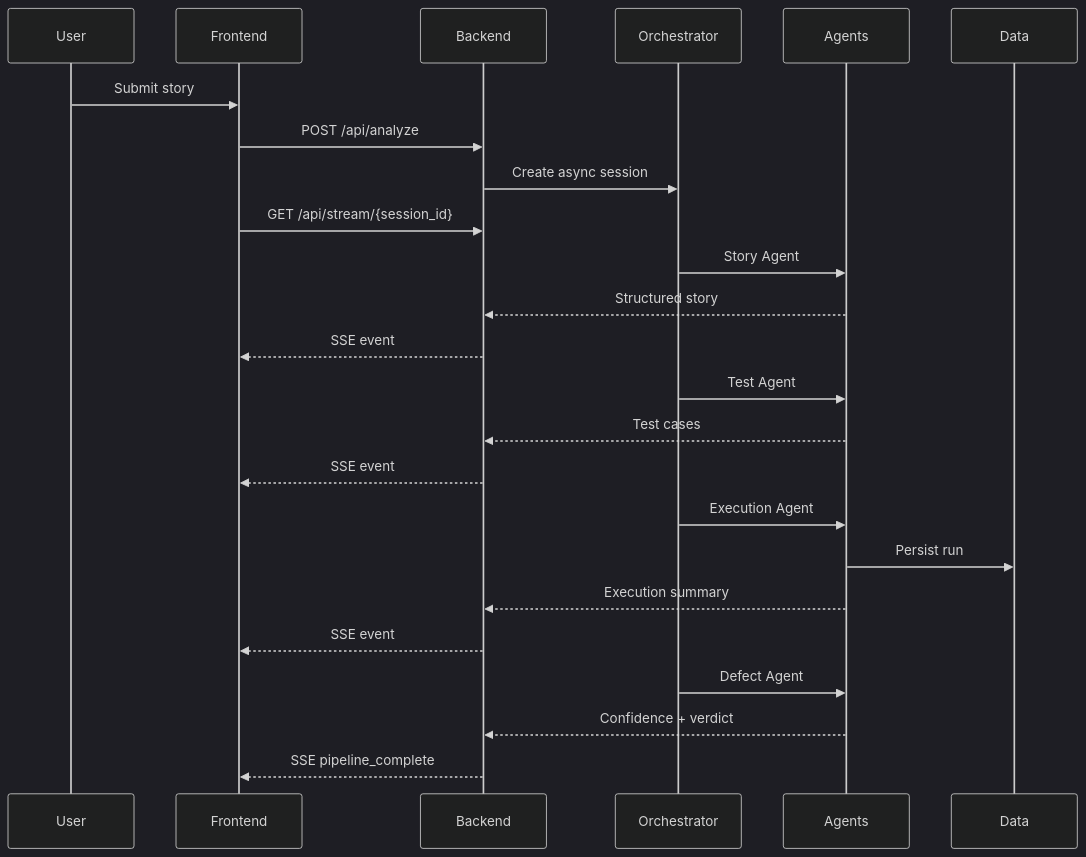
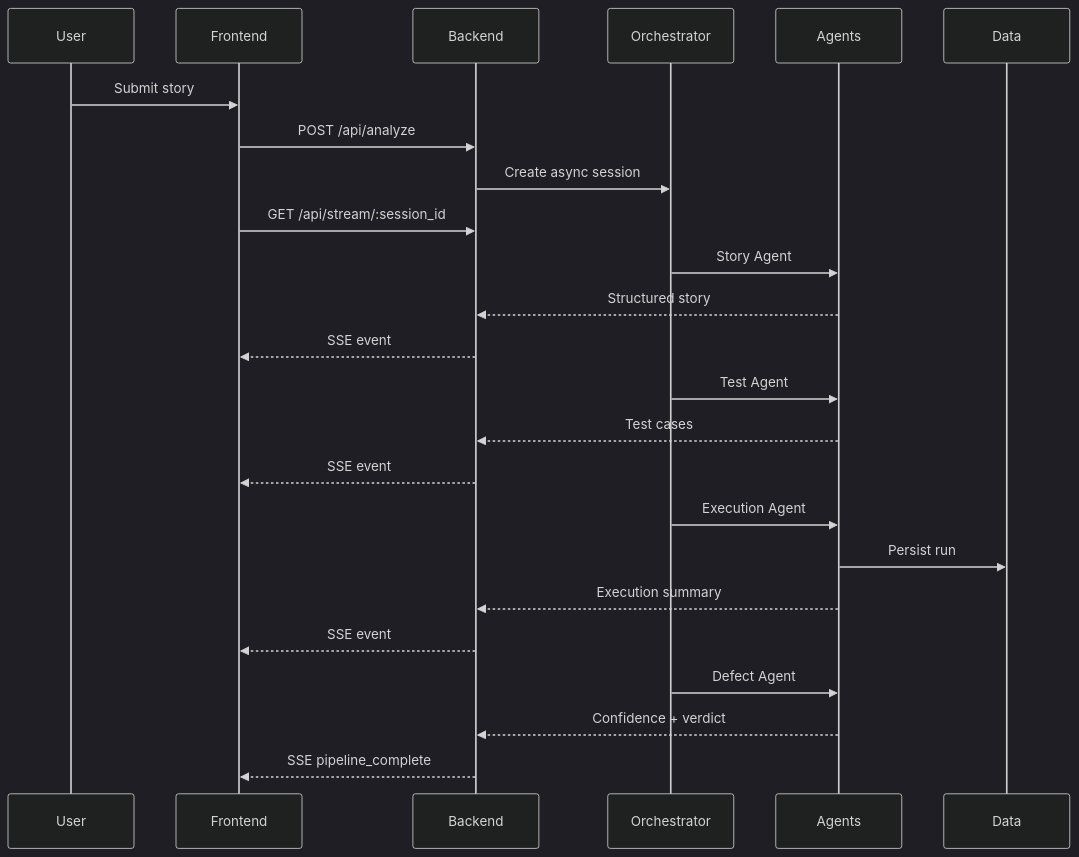
The second of 2 diagrams in docs/architecture.md (ishan1603/IronTest), drawn with Mermaid (dark theme) before and after one commit. The commit also changed other lines of this file and 8 other files, not shown here.

````diff
--- a/docs/architecture.md
+++ b/docs/architecture.md
@@ -62,31 +62,31 @@
 ```mermaid
 sequenceDiagram
     participant U as User
     participant FE as Frontend
     participant BE as Backend
     participant OR as Orchestrator
     participant AG as Agents
     participant DB as Data
 
     U->>FE: Submit story
     FE->>BE: POST /api/analyze
     BE->>OR: Create async session
-    FE->>BE: GET /api/stream/{session_id}
+    FE->>BE: GET /api/stream/:session_id
 
     OR->>AG: Story Agent
     AG-->>BE: Structured story
     BE-->>FE: SSE event
 
     OR->>AG: Test Agent
     AG-->>BE: Test cases
     BE-->>FE: SSE event
 
     OR->>AG: Execution Agent
     AG->>DB: Persist run
     AG-->>BE: Execution summary
     BE-->>FE: SSE event
 
     OR->>AG: Defect Agent
     AG-->>BE: Confidence + verdict
     BE-->>FE: SSE pipeline_complete
 ```
````
